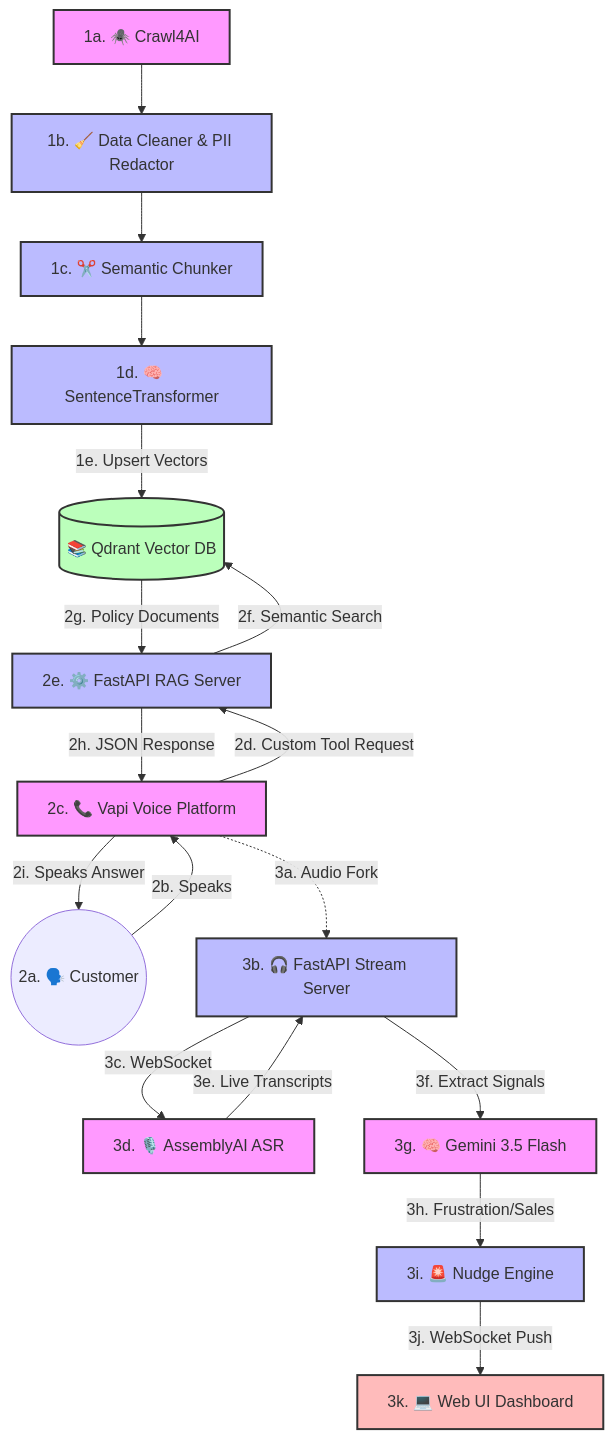
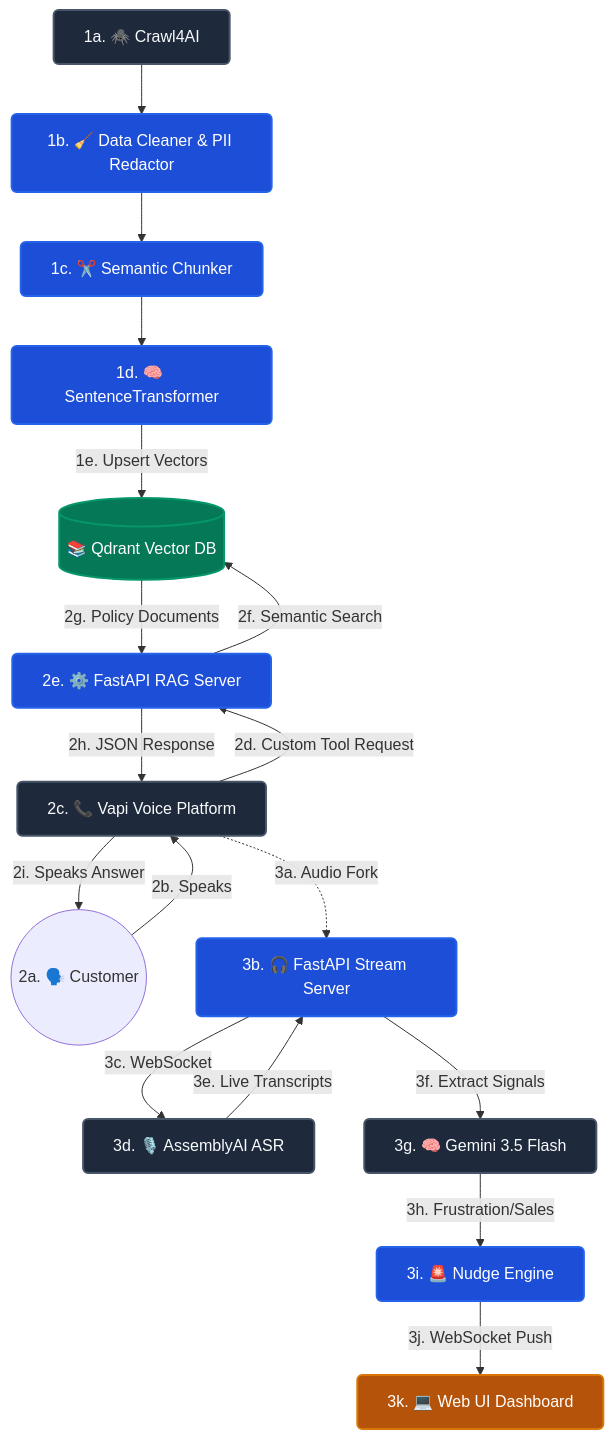
One commit to Niteshkrjhag/AI-Voice-RAG changed the diagram in README.md. Above: the diagram before and after it, drawn with Mermaid.

Commit message:
docs: enhance mermaid diagram readability with high-contrast professional color palette

````diff
--- a/README.md
+++ b/README.md
@@ -25,36 +25,36 @@
 ```mermaid
 graph TD
-    %% Define Styles
-    classDef external fill:#f9f,stroke:#333,stroke-width:2px;
-    classDef backend fill:#bbf,stroke:#333,stroke-width:2px;
-    classDef database fill:#bfb,stroke:#333,stroke-width:2px;
-    classDef frontend fill:#fbb,stroke:#333,stroke-width:2px;
+    %% Define Styles (High-Contrast & Professional)
+    classDef external fill:#1E293B,stroke:#475569,stroke-width:2px,color:#F8FAFC,rx:5,ry:5;
+    classDef backend fill:#1D4ED8,stroke:#2563EB,stroke-width:2px,color:#FFFFFF,rx:5,ry:5;
+    classDef database fill:#047857,stroke:#059669,stroke-width:2px,color:#FFFFFF,rx:5,ry:5;
+    classDef frontend fill:#B45309,stroke:#D97706,stroke-width:2px,color:#FFFFFF,rx:5,ry:5;
 
     %% 1. Data Ingestion Flow (Offline)
     Crawler[1a. 🕷️ Crawl4AI] --> Cleaner[1b. 🧹 Data Cleaner & PII Redactor]
     Cleaner --> Chunker[1c. ✂️ Semantic Chunker]
     Chunker --> Embedder[1d. 🧠 SentenceTransformer]
     Embedder -->|1e. Upsert Vectors| Qdrant[(📚 Qdrant Vector DB)]
     
     %% 2. Main Conversational RAG Flow
     User((2a. 🗣️ Customer)) -->|2b. Speaks| Vapi[2c. 📞 Vapi Voice Platform]
     Vapi -->|2d. Custom Tool Request| FastAPI[2e. ⚙️ FastAPI RAG Server]
     FastAPI -->|2f. Semantic Search| Qdrant
     Qdrant -->|2g. Policy Documents| FastAPI
     FastAPI -->|2h. JSON Response| Vapi
     Vapi -->|2i. Speaks Answer| User
     
     %% 3. Live Insights Flow
     Vapi -.->|3a. Audio Fork| StreamServer[3b. 🎧 FastAPI Stream Server]
     StreamServer -->|3c. WebSocket| AAI[3d. 🎙️ AssemblyAI ASR]
     AAI -->|3e. Live Transcripts| StreamServer
     StreamServer -->|3f. Extract Signals| Gemini[3g. 🧠 Gemini 3.5 Flash]
     Gemini -->|3h. Frustration/Sales| Nudge[3i. 🚨 Nudge Engine]
     Nudge -->|3j. WebSocket Push| Dashboard[3k. 💻 Web UI Dashboard]
     
     %% Apply Styles
     class Vapi,AAI,Gemini,Crawler external;
     class FastAPI,StreamServer,Cleaner,Chunker,Embedder,Nudge backend;
     class Qdrant database;
     class Dashboard frontend;
 ```
````
